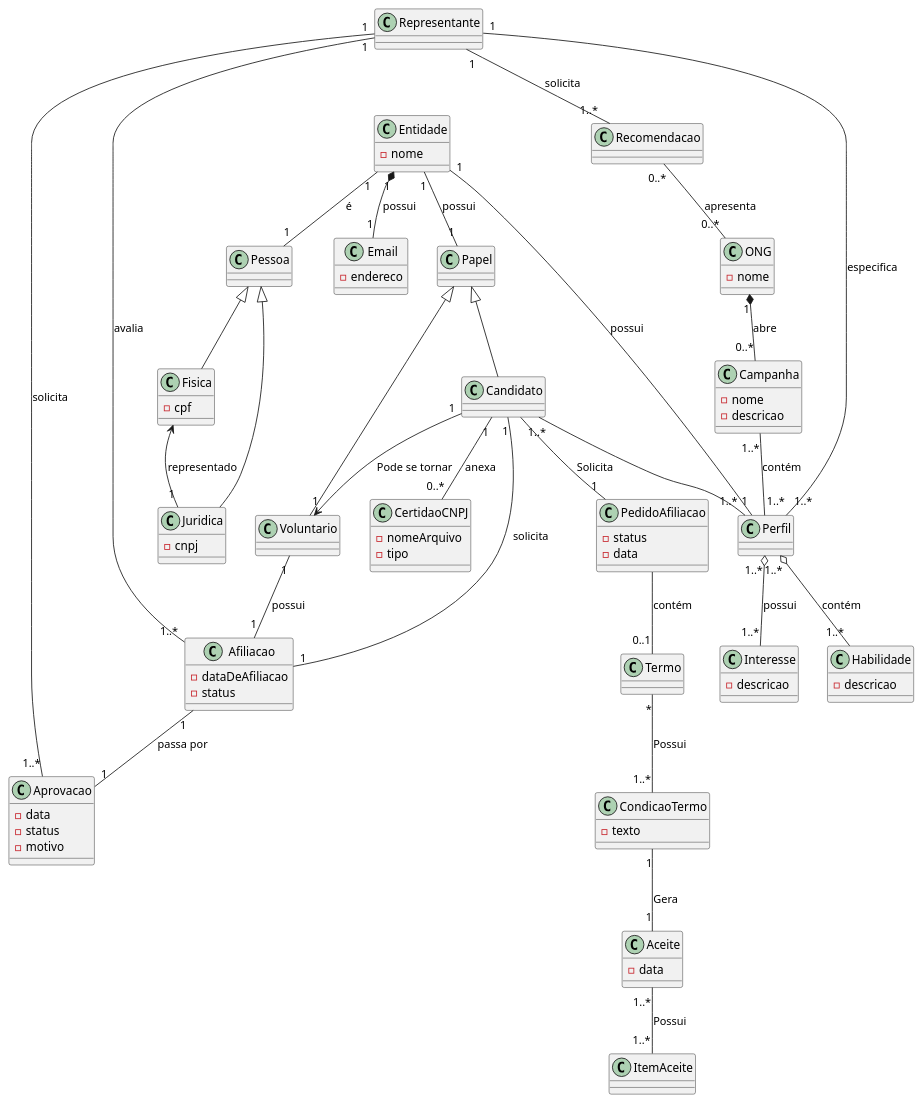
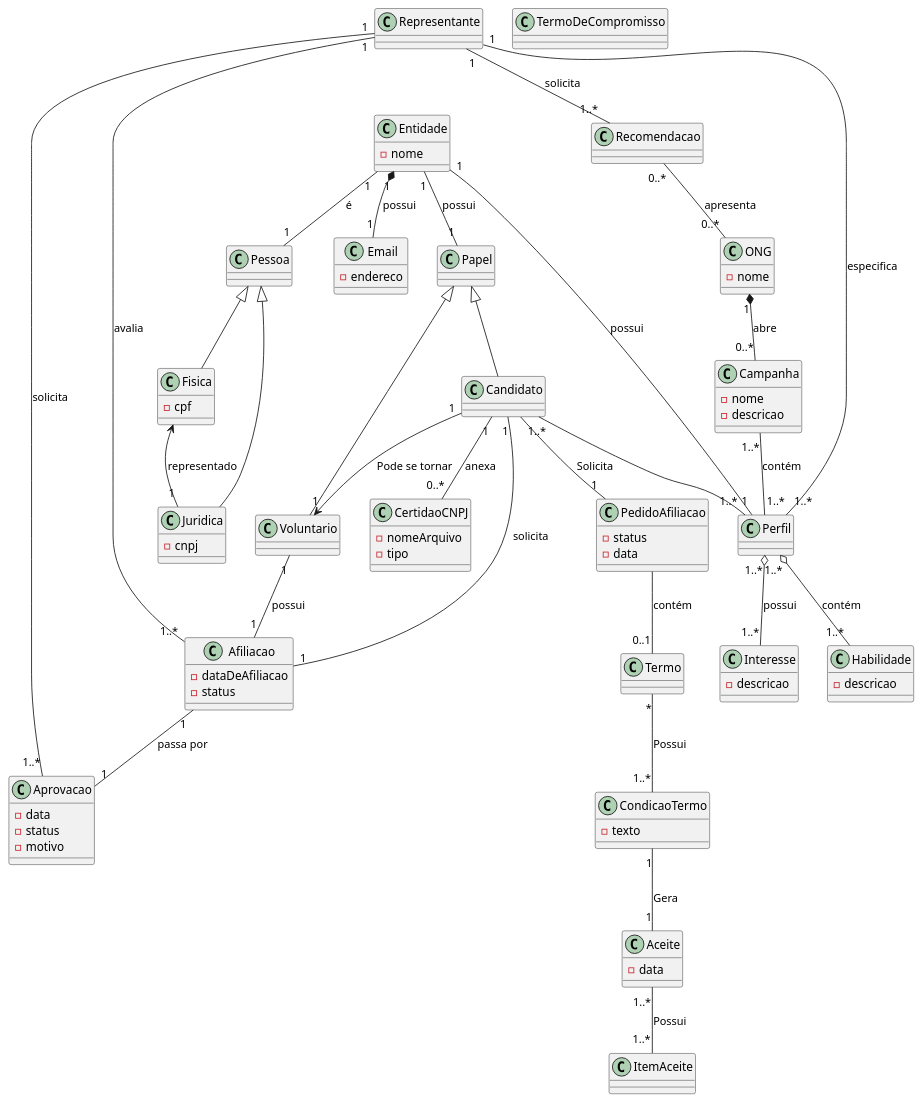
One commit to guisgiacomini/redeMaisSocialProjetoSoftware changed the diagram in diagrama-de-classes-dominio-revisado/diagrama-dominio-revisado.puml. Above: the diagram before and after it, drawn with PlantUML.

```diff
--- a/diagrama-de-classes-dominio-revisado/diagrama-dominio-revisado.puml
+++ b/diagrama-de-classes-dominio-revisado/diagrama-dominio-revisado.puml
@@ -1,137 +1,136 @@
 @startuml
 
 class Entidade {
   -nome
 }
 
 class Papel 
 
 class Pessoa
 
 class Fisica extends Pessoa {
   -cpf
 }
 
 class Juridica extends Pessoa{
   -cnpj
 }
 
 class Candidato extends Papel{
 }
 
 class ONG { 
     -nome
 }
 
 class Voluntario extends Papel{
 
 }
 
 class Campanha {
     -nome
     -descricao
 }
 
 class Afiliacao {
     -dataDeAfiliacao
     -status
 }
 
 class Perfil {
 
 }
 
 class Habilidade {
     -descricao
 }
 
 class Interesse {
     -descricao
 }
 
 class Representante {
     
 }
 
 class Email {
     -endereco
 }
 
 class Recomendacao {
 
 }
 
 class Aprovacao {
     -data
     -status
     -motivo
 }
 
 class CertidaoCNPJ {
     -nomeArquivo
     -tipo
 }
 
-class Termo {
-    
+class TermoDeCompromisso {
 }
 
 class CondicaoTermo{
     -texto
 }
 
 class Aceite {
  -data
 }
 
 class ItemAceite {
  
 }
 
 class PedidoAfiliacao {
     -status
     -data
 }
 
 Perfil "1..*" o-- "1..*" Habilidade: contém
 Perfil "1..*" o-- "1..*" Interesse: possui
 
 Entidade "1" -- "1" Papel: possui
 Entidade "1" -- "1" Pessoa: é
 
 Fisica <-- "1" Juridica: representado
 
 Candidato "1" -- "1" Afiliacao: solicita
 Candidato "1" -- "0..*" CertidaoCNPJ: anexa
 Candidato "1..*" -- "1..*" Perfil
 Candidato -- "1" PedidoAfiliacao: Solicita
 Candidato "1" --> "1" Voluntario: Pode se tornar
 
 Entidade "1" -- "1" Perfil: possui
 Entidade "1" *-- "1" Email: possui
 
 ONG "1" *-- "0..*" Campanha: abre
 Campanha "1..*" -- "1..*" Perfil: contém
 
 Representante "1" -- "1..*" Afiliacao: avalia
 Representante "1" -- "1..*" Aprovacao: solicita
 Representante "1" -- "1..*" Perfil: especifica
 Representante "1" -- "1..*" Recomendacao: solicita
 
 Recomendacao "0..*" -- "0..*" ONG: apresenta
 
 Afiliacao "1" -- "1" Aprovacao : "passa por"
 
 Voluntario "1" -- "1" Afiliacao: "possui"
 
 
 PedidoAfiliacao -- "0..1" Termo: contém
 
 Termo "*" -- "1..*" CondicaoTermo: Possui
 
 CondicaoTermo "1" -- "1" Aceite: Gera
 
 Aceite "1..*" -- "1..*" ItemAceite: Possui
 
 
 @enduml
```
